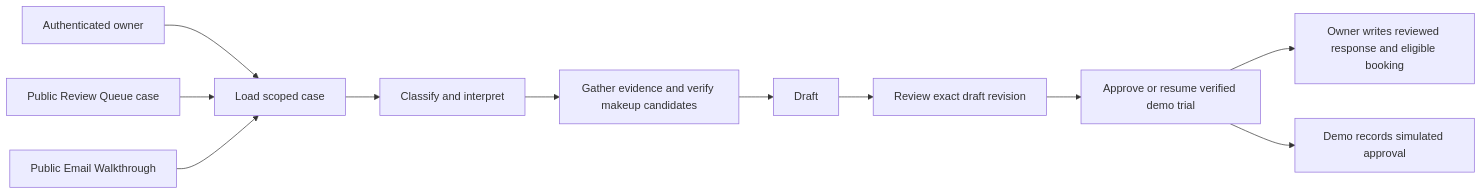
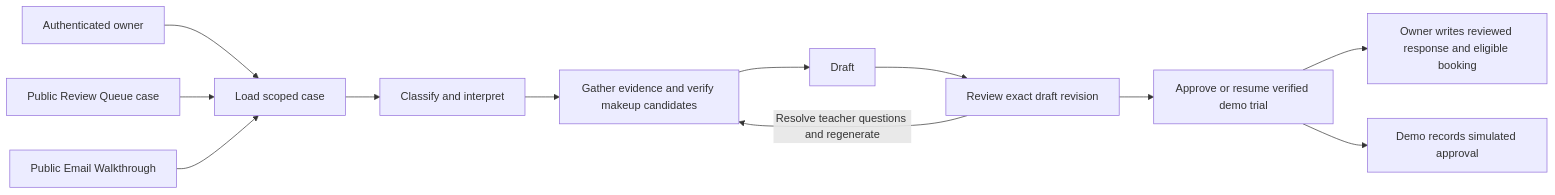
One commit to manjunjiangclara-cmyk/dance-studio-agent changed the diagram in docs/22-public-live-demo.md. Above: the diagram before and after it, drawn with Mermaid. The commit also changed other lines of this file and 9 other files, not shown here.

Commit message:
Resolve public demo review findings

````diff
--- a/docs/22-public-live-demo.md
+++ b/docs/22-public-live-demo.md
@@ -5,13 +5,14 @@
 ```mermaid
 flowchart LR
     Owner[Authenticated owner] --> Load[Load scoped case]
     Demo[Public Review Queue case] --> Load
     Walkthrough[Public Email Walkthrough] --> Load
     Load --> Classify[Classify and interpret]
     Classify --> Gather[Gather evidence and verify makeup candidates]
     Gather --> Draft[Draft]
     Draft --> Review[Review exact draft revision]
     Review --> Approve[Approve or resume verified demo trial]
+    Review -->|Resolve teacher questions and regenerate| Gather
     Approve --> Commit[Owner writes reviewed response and eligible booking]
     Approve --> Simulate[Demo records simulated approval]
 ```
````
